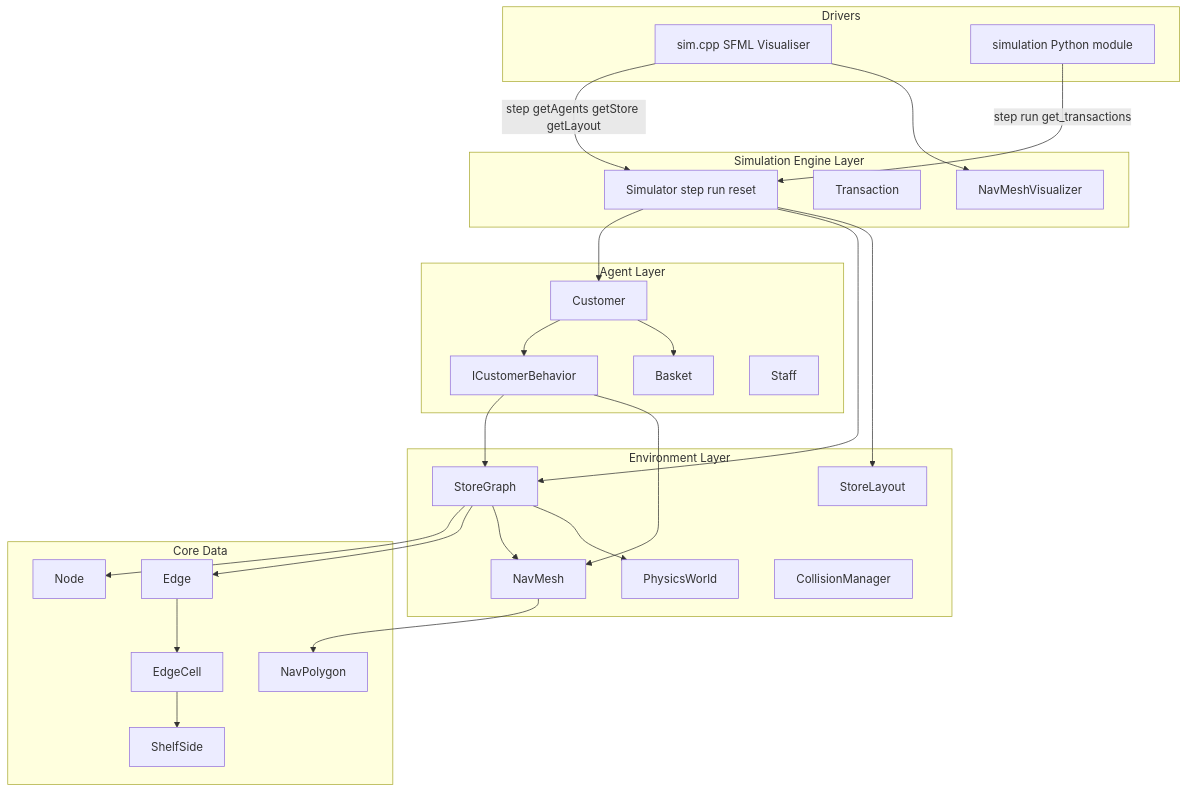
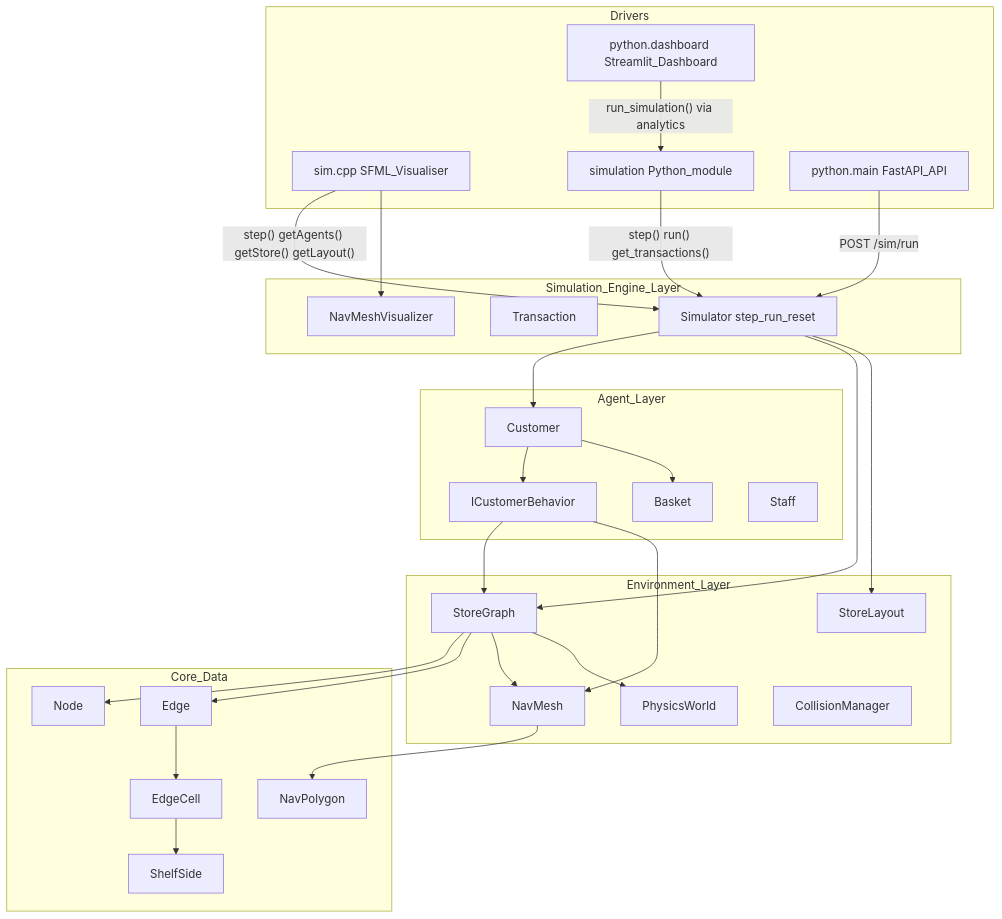
Before and after one commit to KristianKrattiger/PriceRiot: the first of 3 diagrams in cxx/docs/ARCHITECTURE.md, drawn with Mermaid. The commit also changed other lines of this file and 5 other files, not shown here.

````diff
--- a/cxx/docs/ARCHITECTURE.md
+++ b/cxx/docs/ARCHITECTURE.md
@@ -7,54 +7,61 @@
 ```mermaid
 flowchart TB
     subgraph Drivers [Drivers]
-        sim_cpp[sim.cpp SFML Visualiser]
-        py_mod[simulation Python module]
+        sim_cpp[sim.cpp SFML_Visualiser]
+        py_mod[simulation Python_module]
+        api_main[python.main FastAPI_API]
+        dashboard[python.dashboard Streamlit_Dashboard]
     end
 
-    subgraph SimLayer [Simulation Engine Layer]
-        Simulator[Simulator step run reset]
-        transaction[Transaction]
+    subgraph SimLayer [Simulation_Engine_Layer]
+        simulatorNode[Simulator step_run_reset]
+        transactionNode[Transaction]
         navmeshViz[NavMeshVisualizer]
     end
 
-    subgraph AgentLayer [Agent Layer]
-        Customer[Customer]
-        Behavior[ICustomerBehavior]
-        Basket[Basket]
-        Staff[Staff]
+    subgraph AgentLayer [Agent_Layer]
+        customerNode[Customer]
+        behaviorNode[ICustomerBehavior]
+        basketNode[Basket]
+        staffNode[Staff]
     end
 
-    subgraph EnvLayer [Environment Layer]
-        StoreGraph[StoreGraph]
-        StoreLayout[StoreLayout]
-        NavMesh[NavMesh]
-        PhysicsWorld[PhysicsWorld]
-        CollisionMgr[CollisionManager]
+    subgraph EnvLayer [Environment_Layer]
+        storeGraphNode[StoreGraph]
+        storeLayoutNode[StoreLayout]
+        navMeshNode[NavMesh]
+        physicsWorldNode[PhysicsWorld]
+        collisionMgrNode[CollisionManager]
     end
 
-    subgraph CoreData [Core Data]
-        Node[Node]
-        Edge[Edge]
-        EdgeCell[EdgeCell]
-        NavPolygon[NavPolygon]
-        ShelfSide[ShelfSide]
+    subgraph CoreData [Core_Data]
+        nodeCore[Node]
+        edgeCore[Edge]
+        edgeCellCore[EdgeCell]
+        navPolygonCore[NavPolygon]
+        shelfSideCore[ShelfSide]
     end
 
-    sim_cpp -->|step getAgents getStore getLayout| Simulator
-    py_mod -->|step run get_transactions| Simulator
-    Simulator --> Customer
-    Simulator --> StoreGraph
-    Simulator --> StoreLayout
+    sim_cpp -->|"step() getAgents() getStore() getLayout()"| simulatorNode
+    py_mod -->|"step() run() get_transactions()"| simulatorNode
+    api_main -->|"POST /sim/run"| simulatorNode
+    dashboard -->|"run_simulation() via analytics"| py_mod
+
+    simulatorNode --> customerNode
+    simulatorNode --> storeGraphNode
+    simulatorNode --> storeLayoutNode
     sim_cpp --> navmeshViz
-    Customer --> Behavior
-    Customer --> Basket
-    Behavior --> StoreGraph
-    Behavior --> NavMesh
-    StoreGraph --> Node
-    StoreGraph --> Edge
-    StoreGraph --> NavMesh
-    StoreGraph --> PhysicsWorld
-    Edge --> EdgeCell
-    EdgeCell --> ShelfSide
-    NavMesh --> NavPolygon
+
+    customerNode --> behaviorNode
+    customerNode --> basketNode
+    behaviorNode --> storeGraphNode
+    behaviorNode --> navMeshNode
+
+    storeGraphNode --> nodeCore
+    storeGraphNode --> edgeCore
+    storeGraphNode --> navMeshNode
+    storeGraphNode --> physicsWorldNode
+    edgeCore --> edgeCellCore
+    edgeCellCore --> shelfSideCore
+    navMeshNode --> navPolygonCore
 ```
````
